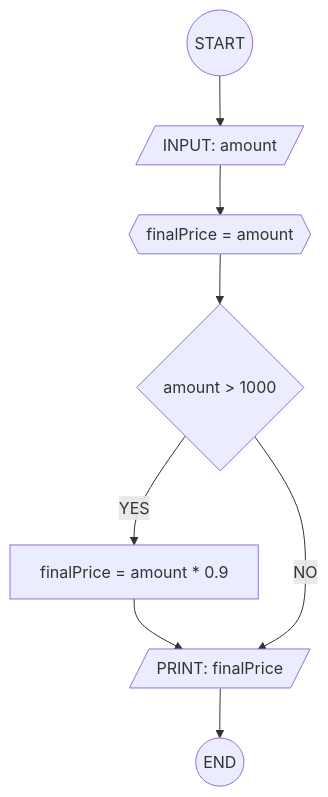
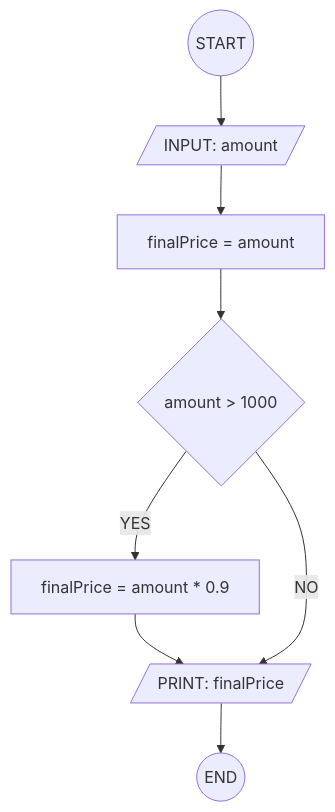
The second of 2 diagrams in Exercise10.md (ihabau/lexicon-WS-flowchats), drawn with Mermaid before and after one commit. The commit also changed other lines of this file and 8 other files, not shown here.

````diff
--- a/Exercise10.md
+++ b/Exercise10.md
@@ -34,9 +34,9 @@
 ```mermaid
 flowchart TD
 S((START)) --> IN[/INPUT: amount/]
-IN --> SET{{finalPrice = amount}}
+IN --> SET[finalPrice = amount]
 SET --> IF{amount > 1000}
 IF -- YES --> RES1[finalPrice = amount * 0.9]
 RES1 --> OUT[/PRINT: finalPrice/]
 IF -- NO --> OUT --> E((END))
 ```
````
